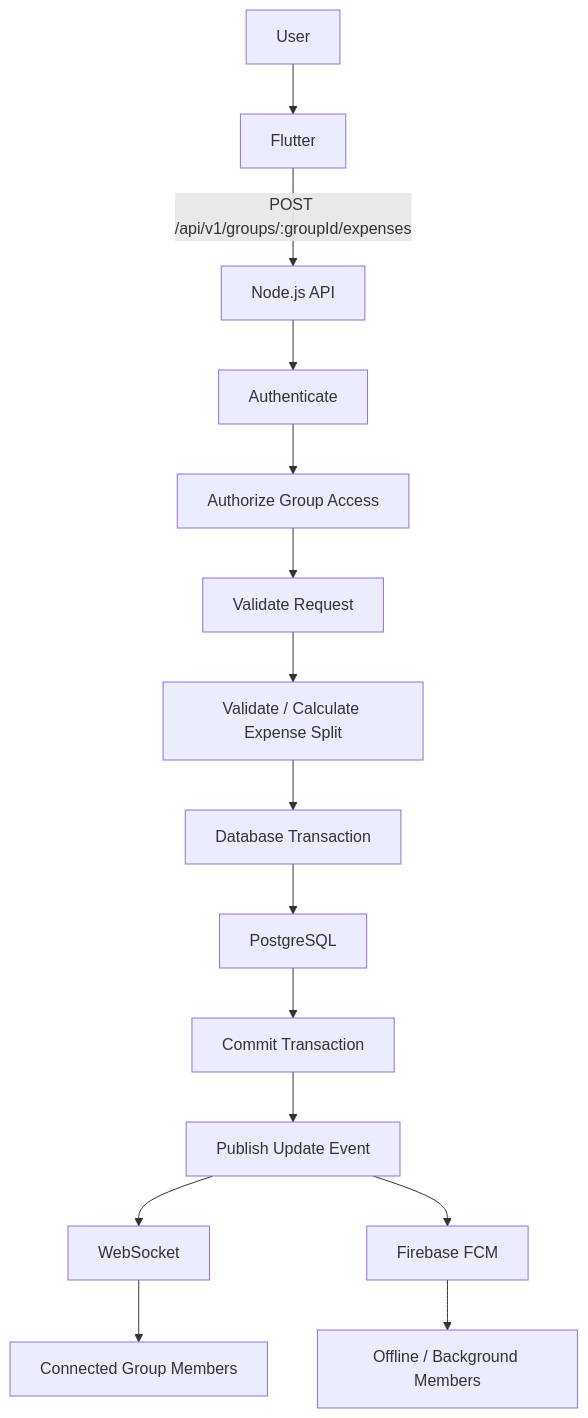
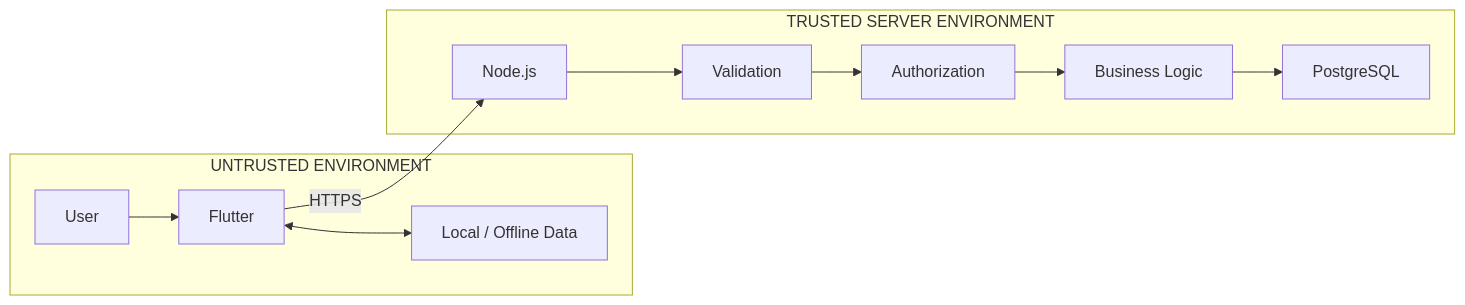
One commit to rajparihar281/SplitLedger changed the second of 8 diagrams in docs/architecture/system-requirements.md. Above: the diagram before and after it, drawn with Mermaid. The commit also changed other lines of this file, not shown here.

Commit message:
Refactor system requirements documentation: restructure sections, enhance clarity, and expand on functional and non-functional requirements for SplitLedger application.

````diff
--- a/docs/architecture/system-requirements.md
+++ b/docs/architecture/system-requirements.md
@@ -275,26 +593,27 @@
 ```mermaid
-flowchart TD
-    U["User"] --> F["Flutter"]
+flowchart LR
 
-    F -->|"POST /api/v1/groups/:groupId/expenses"| N["Node.js API"]
+    subgraph UNTRUSTED["UNTRUSTED ENVIRONMENT"]
+        USER["User"]
+        FLUTTER["Flutter"]
+        LOCAL["Local / Offline Data"]
+    end
 
-    N --> AUTH["Authenticate"]
-    AUTH --> AUTHZ["Authorize Group Access"]
-    AUTHZ --> VALIDATE["Validate Request"]
+    subgraph TRUSTED["TRUSTED SERVER ENVIRONMENT"]
+        NODE["Node.js"]
+        VALIDATE["Validation"]
+        AUTHZ["Authorization"]
+        LOGIC["Business Logic"]
+        DB["PostgreSQL"]
+    end
 
-    VALIDATE --> SPLIT["Validate / Calculate Expense Split"]
+    USER --> FLUTTER
+    FLUTTER <--> LOCAL
 
-    SPLIT --> TX["Database Transaction"]
+    FLUTTER -->|"HTTPS"| NODE
 
-    TX --> DB["PostgreSQL"]
-
-    DB --> COMMIT["Commit Transaction"]
-
-    COMMIT --> EVENT["Publish Update Event"]
-
-    EVENT --> WS["WebSocket"]
-    EVENT --> FCM["Firebase FCM"]
-
-    WS --> MEMBERS["Connected Group Members"]
-    FCM --> NOTIFIED["Offline / Background Members"]
+    NODE --> VALIDATE
+    VALIDATE --> AUTHZ
+    AUTHZ --> LOGIC
+    LOGIC --> DB
 ```
````
